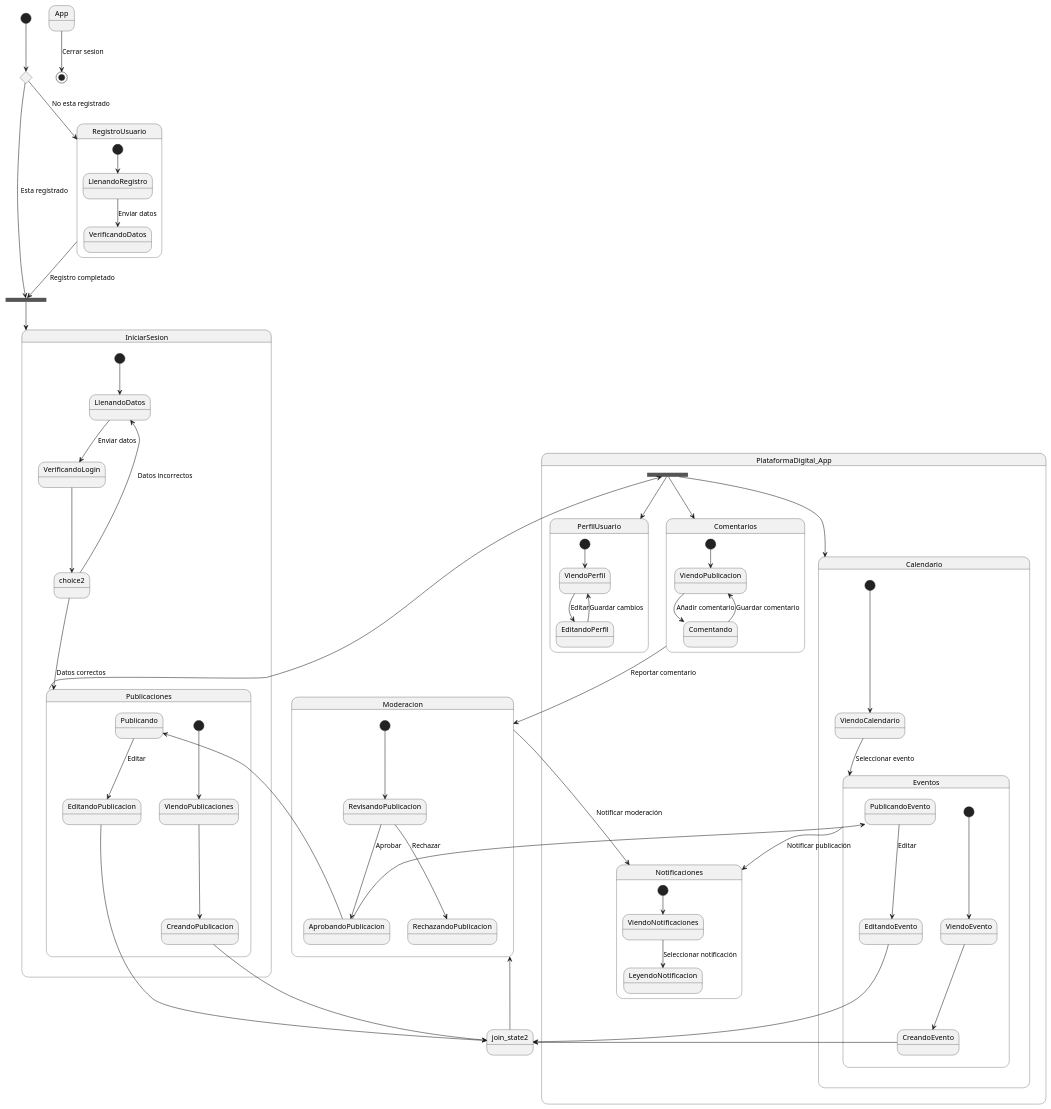
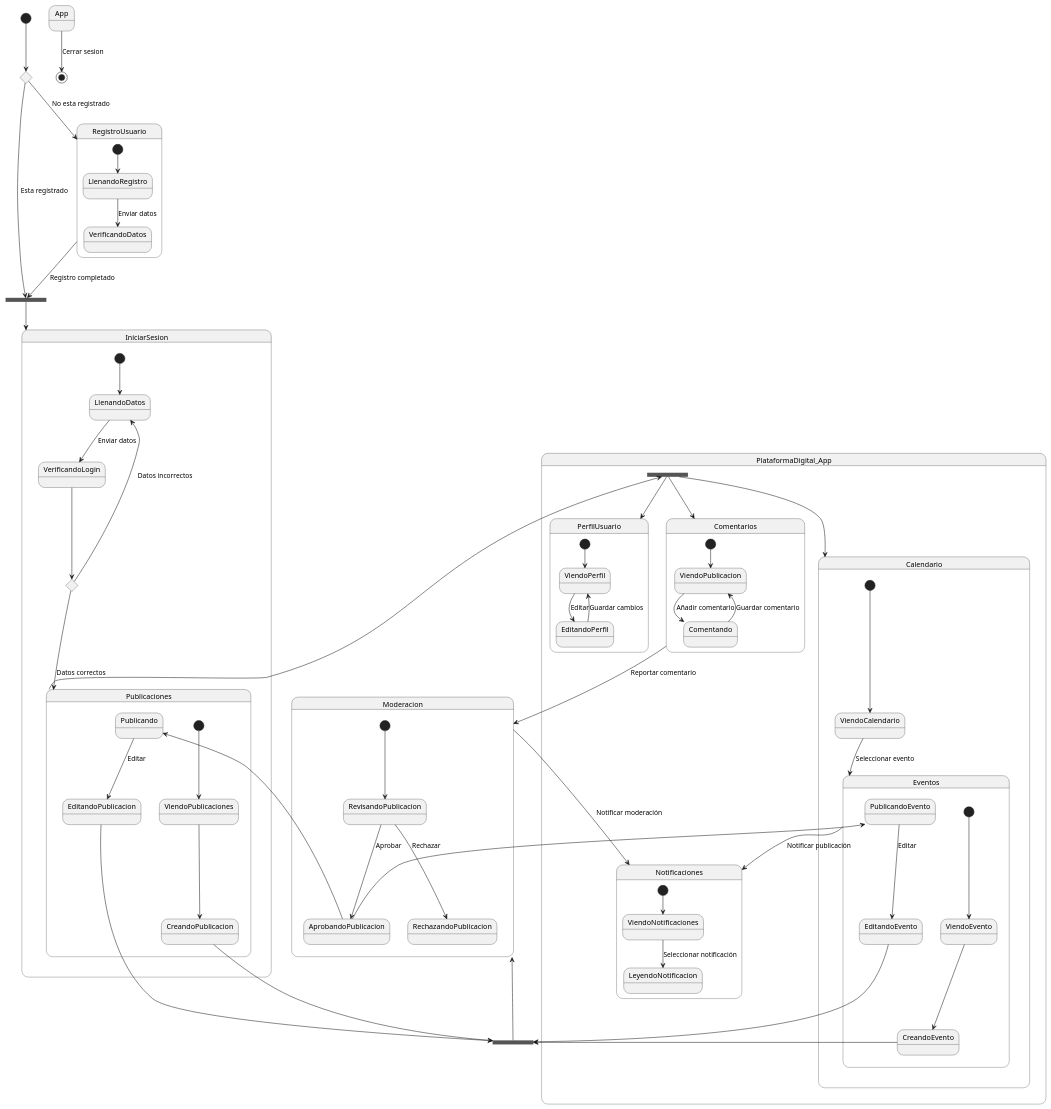
One commit to RolandoU548/Plataforma-Digital-IS changed the diagram in docs/scenariosView/Diagrama Estado.plantuml. Above: the diagram before and after it, drawn with PlantUML. The commit also changed other lines of this file and 7 other files, not shown here.

```diff
--- a/docs/scenariosView/Diagrama Estado.plantuml
+++ b/docs/scenariosView/Diagrama Estado.plantuml
@@ -1,114 +1,114 @@
 @startuml n7
 /'
 Lea el enunciado del proyecto y cree un diagrama de estado que nos ayude a entender el proceso del negocio que se quiere automatizar. Use como base el diagrama de clases del modelo de dominio hecho en el reto 07.
 
 Cree un repositorio para el proyecto en GitHub al que tengan acceso todos los integrantes del grupo.
 
 Cree también la siguiente estructura de directorios:
 
 docs/ -> directorio para guardar la documentación
 docs/scenariosView - > diagramas de requisitos
 docs/logicalView -> diagramas de la vista lógica
 docs/developmentView -> diagramas de la vista de desarrollo
 docs/processView -> diagramas de la vista de proceso
 docs/physicalView -> diagramas de la vista física
 src -> directorio para guardar el código de la aplicación
 src/main -> directorio para el código fuente
 src/test -> directorio para las pruebas unitarias
 README.md -> archivo readme del proyecto
 Coloque en el directorio “docs/scenariosView” los archivos “.plantuml” del diagrama de clases y de estado del modelo de dominio del proyecto.
 
 También edite el archivo “README.md”, coloque como título el nombre del proyecto, liste los integrantes del equipo y coloque una sección llamada “Modelo del Dominio”, dentro de esa sección inserte las imágenes del diagrama de clases y de estado correspondiente.
 
 Suba todo a GitHUb.
 
 Al terminar, coloque el URL del repositorio del proyecto.
 '/
 
 state choice1 <<choice>>
 state join_state <<join>>
+state join_state2 <<join>>
 
 [*] --> choice1
 choice1 --> RegistroUsuario : No esta registrado
 choice1 --> join_state : Esta registrado
 join_state --> IniciarSesion 
 join_state2 --> Moderacion
 
 state RegistroUsuario {
     [*] --> LlenandoRegistro
     LlenandoRegistro --> VerificandoDatos : Enviar datos
 }
 
 state IniciarSesion {
     [*] --> LlenandoDatos
     LlenandoDatos --> VerificandoLogin : Enviar datos
+    state choice2 <<choice>>
     VerificandoLogin --> choice2
     choice2 --> Publicaciones : Datos correctos
     choice2 --> LlenandoDatos : Datos incorrectos
-    state choice2 <<choice>>
 }
 
 state PlataformaDigital_App {
-state join_state2 <<join>>
 state join_state3 <<join>>
 
 state PerfilUsuario {
     [*] --> ViendoPerfil
     ViendoPerfil --> EditandoPerfil : Editar
     EditandoPerfil --> ViendoPerfil : Guardar cambios
 }
 
 state Publicaciones {
     [*] --> ViendoPublicaciones
     ViendoPublicaciones --> CreandoPublicacion
     CreandoPublicacion --> join_state2 
     Publicando --> EditandoPublicacion : Editar
     EditandoPublicacion --> join_state2
 }
 
 
 
 state Calendario {
     [*] --> ViendoCalendario
     ViendoCalendario --> Eventos : Seleccionar evento
     state Eventos {
         [*] --> ViendoEvento
         ViendoEvento --> CreandoEvento
         CreandoEvento --> join_state2
         PublicandoEvento --> EditandoEvento : Editar
         EditandoEvento --> join_state2
     }
 }
 
 state Notificaciones {
     [*] --> ViendoNotificaciones
     ViendoNotificaciones --> LeyendoNotificacion : Seleccionar notificación
 }
 
 state Comentarios {
     [*] --> ViendoPublicacion
     ViendoPublicacion --> Comentando : Añadir comentario
     Comentando --> ViendoPublicacion : Guardar comentario
 }
 
 state Moderacion {
     [*] --> RevisandoPublicacion
     RevisandoPublicacion --> AprobandoPublicacion : Aprobar
     RevisandoPublicacion --> RechazandoPublicacion : Rechazar
     AprobandoPublicacion --> Publicando
     AprobandoPublicacion --> PublicandoEvento
 }
 }
 RegistroUsuario --> join_state : Registro completado
 Eventos --> Notificaciones : Notificar publicación
 Comentarios --> Moderacion : Reportar comentario
 Moderacion --> Notificaciones : Notificar moderación
 
 Publicaciones --> join_state3
 join_state3 --> Comentarios
 join_state3 --> PerfilUsuario
 join_state3 --> Calendario
 
 App --> [*] : Cerrar sesion
 
 @enduml
```
